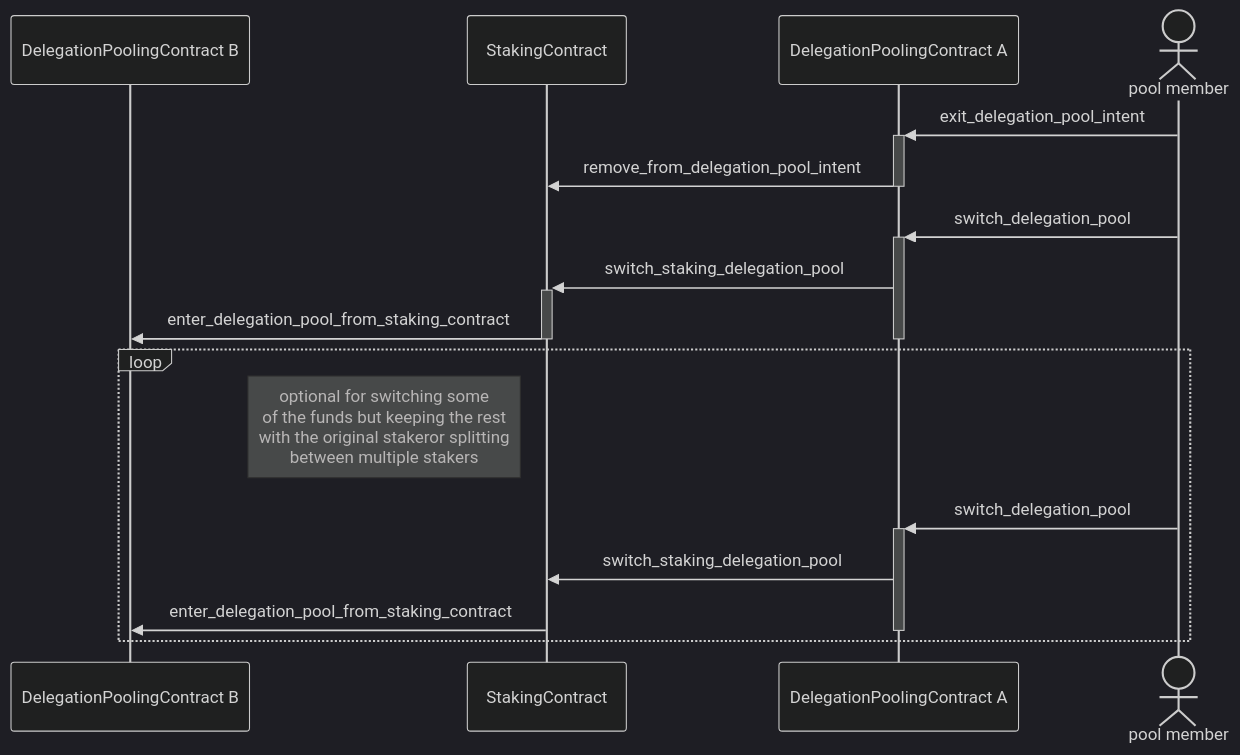
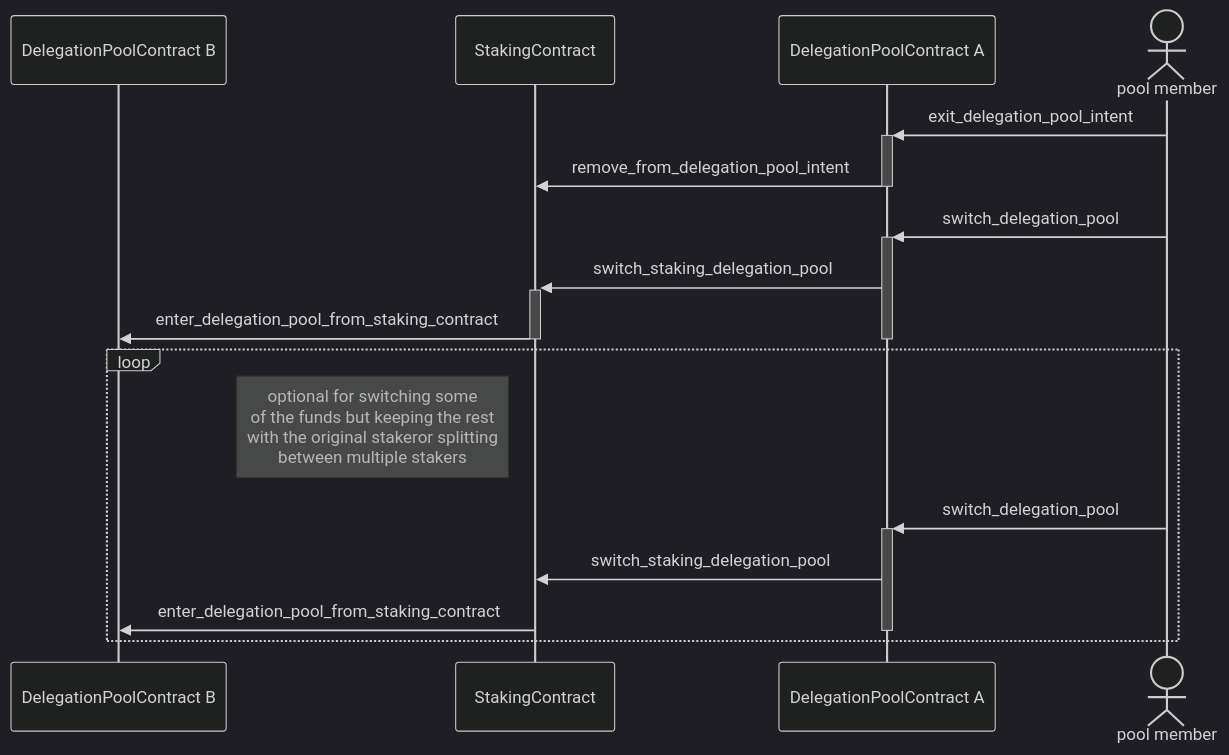
One commit to starkware-libs/starknet-staking changed the sixth of 8 diagrams in workspace/apps/staking/docs/spec.md. Above: the diagram before and after it, drawn with Mermaid (dark theme). The commit also changed other lines of this file and 16 other files, not shown here.

Commit message:
fix(staking): change pooling to pool (#1704)

````diff
--- a/workspace/apps/staking/docs/spec.md
+++ b/workspace/apps/staking/docs/spec.md
@@ -326,20 +326,20 @@
 ```mermaid
 sequenceDiagram
-  participant DelegationPoolingContract B
+  participant DelegationPoolContract B
   participant StakingContract
-  participant DelegationPoolingContract A
+  participant DelegationPoolContract A
   actor pool member
-  pool member ->>+ DelegationPoolingContract A: exit_delegation_pool_intent
-  DelegationPoolingContract A ->>- StakingContract: remove_from_delegation_pool_intent
-  pool member ->>+ DelegationPoolingContract A: switch_delegation_pool
-  DelegationPoolingContract A ->>+ StakingContract: switch_staking_delegation_pool
-  StakingContract ->>- DelegationPoolingContract B: enter_delegation_pool_from_staking_contract
-  deactivate DelegationPoolingContract A
+  pool member ->>+ DelegationPoolContract A: exit_delegation_pool_intent
+  DelegationPoolContract A ->>- StakingContract: remove_from_delegation_pool_intent
+  pool member ->>+ DelegationPoolContract A: switch_delegation_pool
+  DelegationPoolContract A ->>+ StakingContract: switch_staking_delegation_pool
+  StakingContract ->>- DelegationPoolContract B: enter_delegation_pool_from_staking_contract
+  deactivate DelegationPoolContract A
   loop 
     Note left of StakingContract:  optional for switching some<br/> of the funds but keeping the rest<br/> with the original stakeror splitting<br/> between multiple stakers
-    pool member ->>+ DelegationPoolingContract A: switch_delegation_pool
-    DelegationPoolingContract A ->> StakingContract: switch_staking_delegation_pool
-    StakingContract ->> DelegationPoolingContract B: enter_delegation_pool_from_staking_contract
-    deactivate DelegationPoolingContract A
+    pool member ->>+ DelegationPoolContract A: switch_delegation_pool
+    DelegationPoolContract A ->> StakingContract: switch_staking_delegation_pool
+    StakingContract ->> DelegationPoolContract B: enter_delegation_pool_from_staking_contract
+    deactivate DelegationPoolContract A
   end
 ```
````
